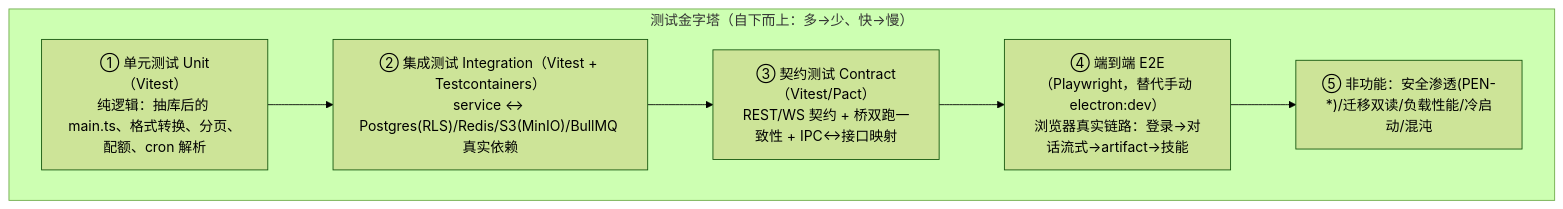
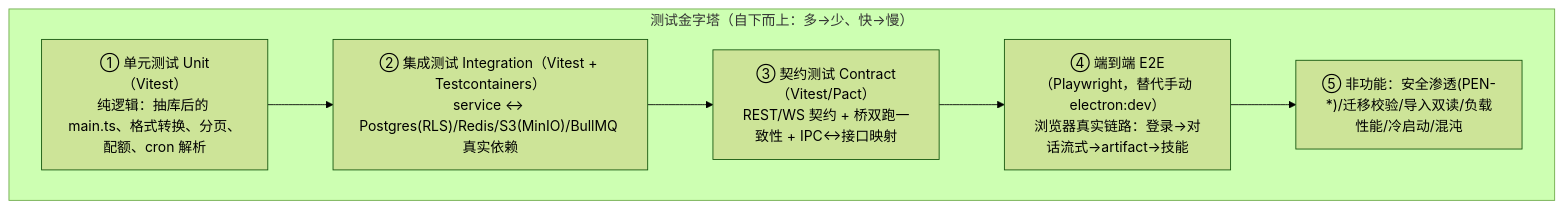
The first of 9 diagrams in 改造计划/16-测试策略与验收标准.md (edward-ng-duke/LobsterAI), drawn with Mermaid (forest theme) before and after one commit. The commit also changed other lines of this file and 27 other files, not shown here.

````diff
--- a/改造计划/16-测试策略与验收标准.md
+++ b/改造计划/16-测试策略与验收标准.md
@@ -40,12 +40,12 @@
 ```mermaid
 flowchart TB
   subgraph Pyramid["测试金字塔（自下而上：多→少、快→慢）"]
     U["① 单元测试 Unit（Vitest）<br/>纯逻辑：抽库后的 main.ts、格式转换、分页、配额、cron 解析"]
     I["② 集成测试 Integration（Vitest + Testcontainers）<br/>service ↔ Postgres(RLS)/Redis/S3(MinIO)/BullMQ 真实依赖"]
     C["③ 契约测试 Contract（Vitest/Pact）<br/>REST/WS 契约 + 桥双跑一致性 + IPC↔接口映射"]
     E["④ 端到端 E2E（Playwright，替代手动 electron:dev）<br/>浏览器真实链路：登录→对话流式→artifact→技能"]
-    NF["⑤ 非功能：安全渗透(PEN-*)/迁移双读/负载性能/冷启动/混沌"]
+    NF["⑤ 非功能：安全渗透(PEN-*)/迁移校验/导入双读/负载性能/冷启动/混沌"]
   end
   U --> I --> C --> E --> NF
   classDef wide fill:#eef,stroke:#88a;
 ```
````
